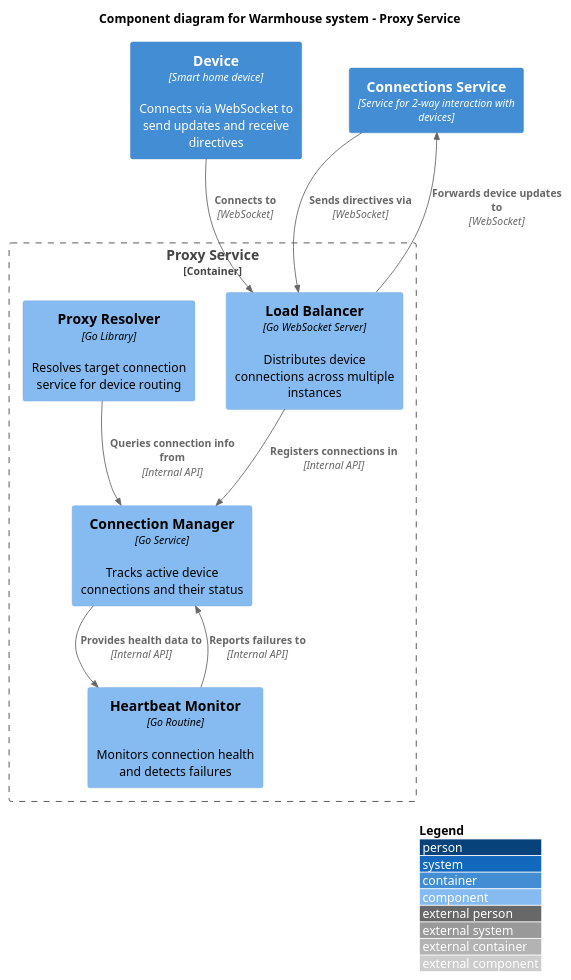
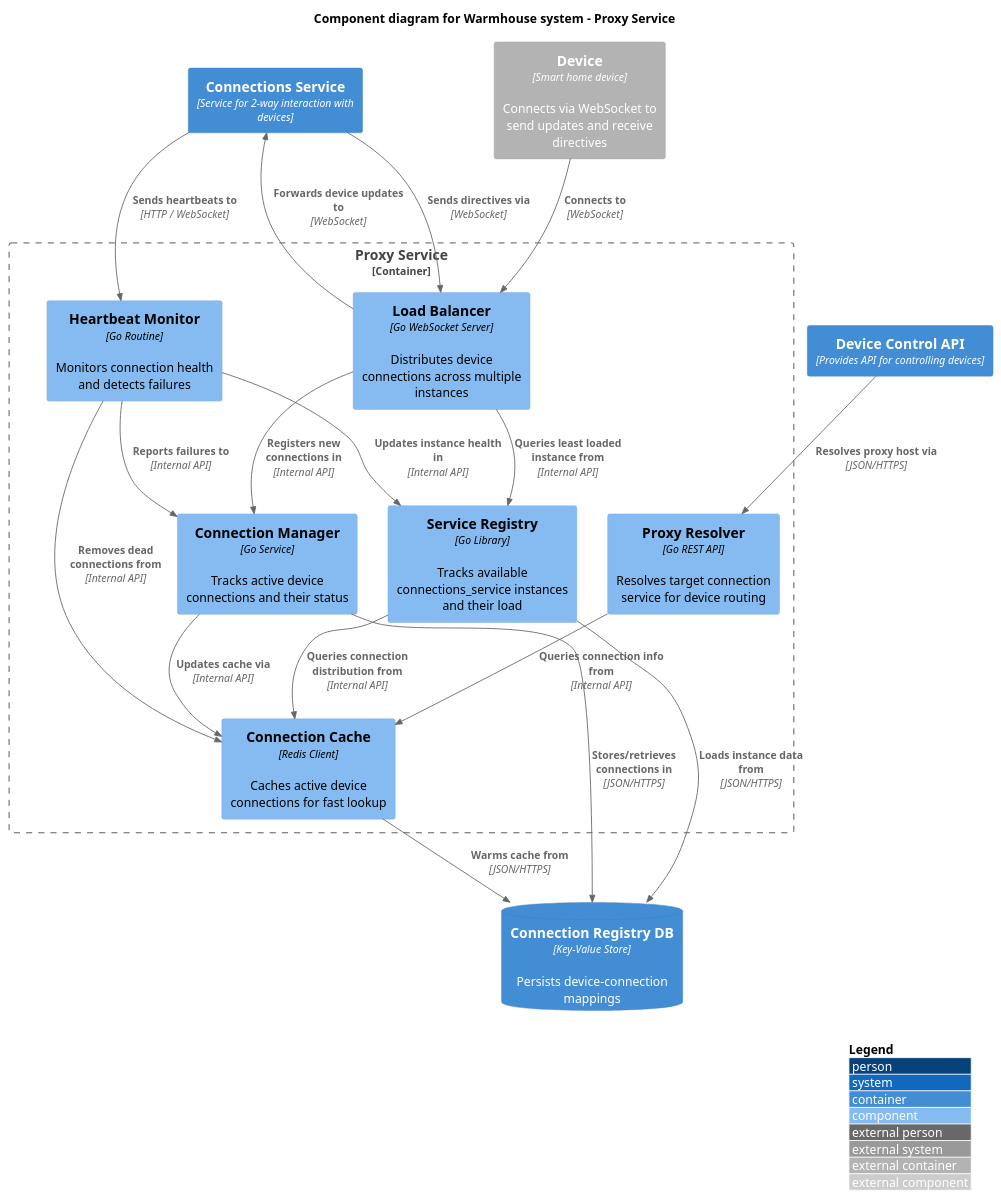
The diagram in diagrams/component/proxy_service.puml (regu1yar/p1-architecture-warmhouse), drawn with PlantUML before and after one commit. The commit also changed 7 other files, not shown here.

Commit message:
Refine component diagrams

```diff
--- a/diagrams/component/proxy_service.puml
+++ b/diagrams/component/proxy_service.puml
@@ -1,29 +1,44 @@
 @startuml
 ' !include https://raw.githubusercontent.com/plantuml-stdlib/C4-PlantUML/master/C4_Component.puml
 ' uncomment the following line and comment the first to use locally
 !include ./C4_Component.puml
 
 LAYOUT_WITH_LEGEND()
 
 title Component diagram for Warmhouse system - Proxy Service
 
-Container(device, "Device", "Smart home device", "Connects via WebSocket to send updates and receive directives")
+Container_Ext(device, "Device", "Smart home device", "Connects via WebSocket to send updates and receive directives")
 Container(connections_service, "Connections Service", "Service for 2-way interaction with devices")
+Container(device_control_api, "Device Control API", "Provides API for controlling devices")
 
 Container_Boundary(proxy_service, "Proxy Service") {
     Component(load_balancer, "Load Balancer", "Go WebSocket Server", "Distributes device connections across multiple instances")
     Component(connection_manager, "Connection Manager", "Go Service", "Tracks active device connections and their status")
     Component(heartbeat_monitor, "Heartbeat Monitor", "Go Routine", "Monitors connection health and detects failures")
-    Component(proxy_resolver, "Proxy Resolver", "Go Library", "Resolves target connection service for device routing")
+    Component(proxy_resolver, "Proxy Resolver", "Go REST API", "Resolves target connection service for device routing")
+    Component(connection_cache, "Connection Cache", "Redis Client", "Caches active device connections for fast lookup")
+    Component(service_registry, "Service Registry", "Go Library", "Tracks available connections_service instances and their load")
+    
+    Rel(load_balancer, service_registry, "Queries least loaded instance from", "Internal API")
+    Rel(load_balancer, connection_manager, "Registers new connections in", "Internal API")
+    Rel(heartbeat_monitor, connection_manager, "Reports failures to", "Internal API")
+    Rel(proxy_resolver, connection_cache, "Queries connection info from", "Internal API")
+    Rel(connection_manager, connection_cache, "Updates cache via", "Internal API")
+    Rel(heartbeat_monitor, connection_cache, "Removes dead connections from", "Internal API")
+    Rel(service_registry, connection_cache, "Queries connection distribution from", "Internal API")
+    Rel(heartbeat_monitor, service_registry, "Updates instance health in", "Internal API")
+}
 
-    Rel(load_balancer, connection_manager, "Registers connections in", "Internal API")
-    Rel(connection_manager, heartbeat_monitor, "Provides health data to", "Internal API")
-    Rel(heartbeat_monitor, connection_manager, "Reports failures to", "Internal API")
-    Rel(proxy_resolver, connection_manager, "Queries connection info from", "Internal API")
-}
+ContainerDb(connection_registry_db, "Connection Registry DB", "Key-Value Store", "Persists device-connection mappings")
+
+Rel(connection_manager, connection_registry_db, "Stores/retrieves connections in", "JSON/HTTPS")
+Rel(connection_cache, connection_registry_db, "Warms cache from", "JSON/HTTPS")
+Rel(service_registry, connection_registry_db, "Loads instance data from", "JSON/HTTPS")
 
 Rel(device, load_balancer, "Connects to", "WebSocket")
 Rel(load_balancer, connections_service, "Forwards device updates to", "WebSocket")
 Rel(connections_service, load_balancer, "Sends directives via", "WebSocket")
+Rel(connections_service, heartbeat_monitor, "Sends heartbeats to", "HTTP / WebSocket")
+Rel(device_control_api, proxy_resolver, "Resolves proxy host via", "JSON/HTTPS")
 
 @enduml
```
